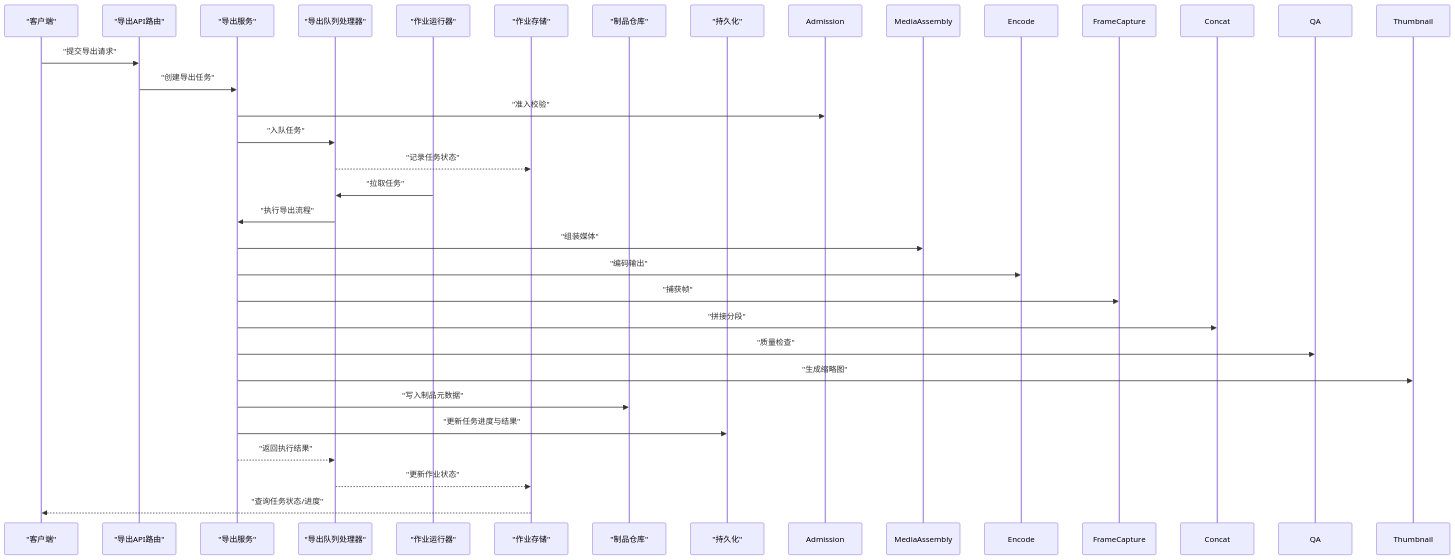
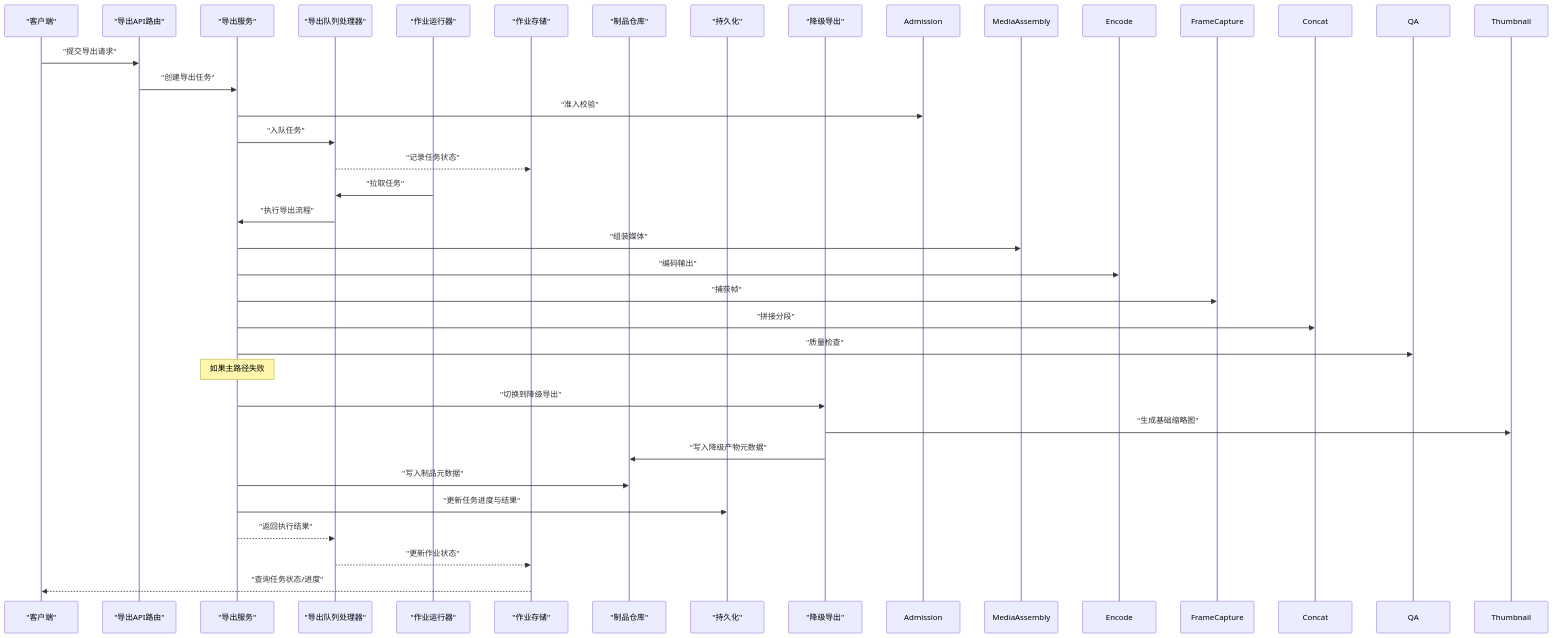
One commit to scottcwy/PurpleInk changed the second of 9 diagrams in .qoder/repowiki/zh/content/渲染引擎/导出服务.md. Above: the diagram before and after it, drawn with Mermaid. The commit also changed other lines of this file and 109 other files, not shown here.

````diff
--- a/.qoder/repowiki/zh/content/渲染引擎/导出服务.md
+++ b/.qoder/repowiki/zh/content/渲染引擎/导出服务.md
@@ -142,29 +159,33 @@
 ```mermaid
 sequenceDiagram
 participant Client as "客户端"
 participant Route as "导出API路由"
 participant Service as "导出服务"
 participant Queue as "导出队列处理器"
 participant Runner as "作业运行器"
 participant Store as "作业存储"
 participant Repo as "制品仓库"
 participant Persist as "持久化"
+participant Degraded as "降级导出"
 Client->>Route : "提交导出请求"
 Route->>Service : "创建导出任务"
 Service->>Admission : "准入校验"
 Service->>Queue : "入队任务"
 Queue-->>Store : "记录任务状态"
 Runner->>Queue : "拉取任务"
 Queue->>Service : "执行导出流程"
 Service->>MediaAssembly : "组装媒体"
 Service->>Encode : "编码输出"
 Service->>FrameCapture : "捕获帧"
 Service->>Concat : "拼接分段"
 Service->>QA : "质量检查"
-Service->>Thumbnail : "生成缩略图"
+Note over Service : 如果主路径失败
+Service->>Degraded : "切换到降级导出"
+Degraded->>Thumbnail : "生成基础缩略图"
+Degraded->>Repo : "写入降级产物元数据"
 Service->>Repo : "写入制品元数据"
 Service->>Persist : "更新任务进度与结果"
 Service-->>Queue : "返回执行结果"
 Queue-->>Store : "更新作业状态"
 Store-->>Client : "查询任务状态/进度"
 ```
````
